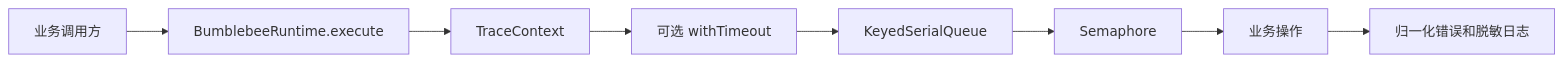
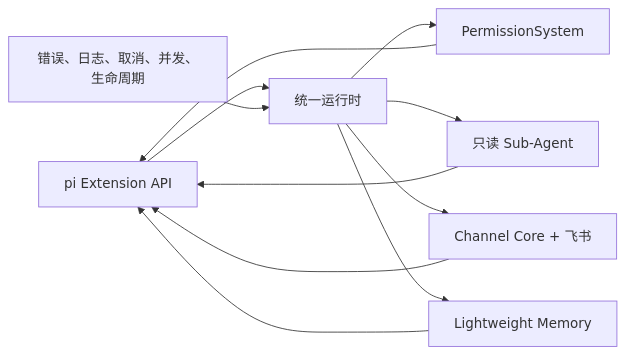
The diagram in README.md (ReadNULL/Bumblebee), drawn with Mermaid before and after one commit. The commit also changed other lines of this file and 15 other files, not shown here.

````diff
--- a/README.md
+++ b/README.md
@@ -445,10 +28,13 @@
 ```mermaid
 flowchart LR
-  Caller["业务调用方"] --> Runtime["BumblebeeRuntime.execute"]
-  Runtime --> Trace["TraceContext"]
-  Trace --> Timeout["可选 withTimeout"]
-  Timeout --> Session["KeyedSerialQueue"]
-  Session --> Limit["Semaphore"]
-  Limit --> Work["业务操作"]
-  Work --> Log["归一化错误和脱敏日志"]
+  Pi["pi Extension API"] --> Runtime["统一运行时"]
+  Runtime --> Permission["PermissionSystem"]
+  Runtime --> SubAgent["只读 Sub-Agent"]
+  Runtime --> Channel["Channel Core + 飞书"]
+  Runtime --> Memory["Lightweight Memory"]
+  Foundation["错误、日志、取消、并发、生命周期"] --> Runtime
+  Permission --> Pi
+  SubAgent --> Pi
+  Channel --> Pi
+  Memory --> Pi
 ```
````
